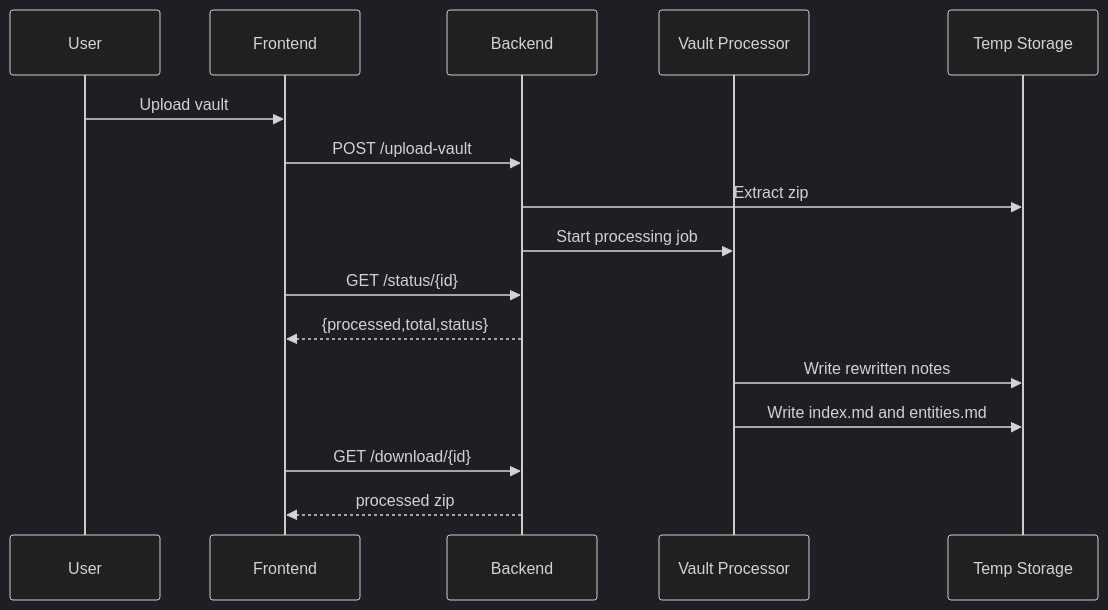
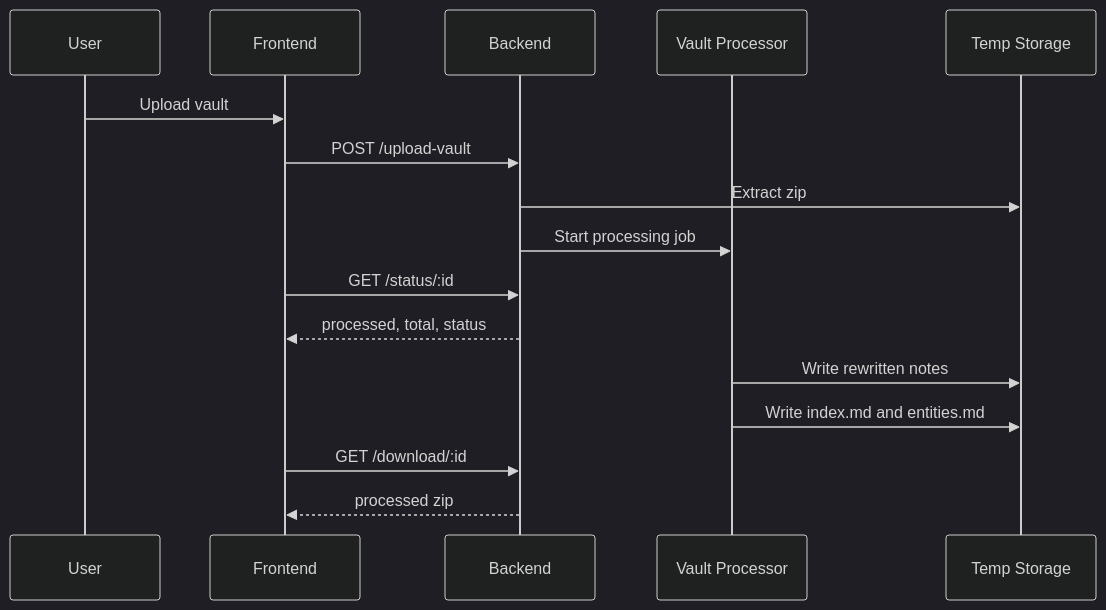
The third of 3 diagrams in docs/phase-2-processing.md (haseebraza715/AgentVault), drawn with Mermaid (dark theme) before and after one commit. The commit also changed other lines of this file and 4 other files, not shown here.

Commit message:
Fix mermaid syntax in phase docs

````diff
--- a/docs/phase-2-processing.md
+++ b/docs/phase-2-processing.md
@@ -22,19 +22,19 @@
 ```mermaid
 sequenceDiagram
   %% Phase 2 - Full Processing
   participant U as User
   participant FE as Frontend
   participant BE as Backend
   participant VP as Vault Processor
   participant FS as Temp Storage
   U->>FE: Upload vault
   FE->>BE: POST /upload-vault
   BE->>FS: Extract zip
   BE->>VP: Start processing job
-  FE->>BE: GET /status/{id}
-  BE-->>FE: {processed,total,status}
+  FE->>BE: GET /status/:id
+  BE-->>FE: processed, total, status
   VP->>FS: Write rewritten notes
   VP->>FS: Write index.md and entities.md
-  FE->>BE: GET /download/{id}
+  FE->>BE: GET /download/:id
   BE-->>FE: processed zip
 ```
````
